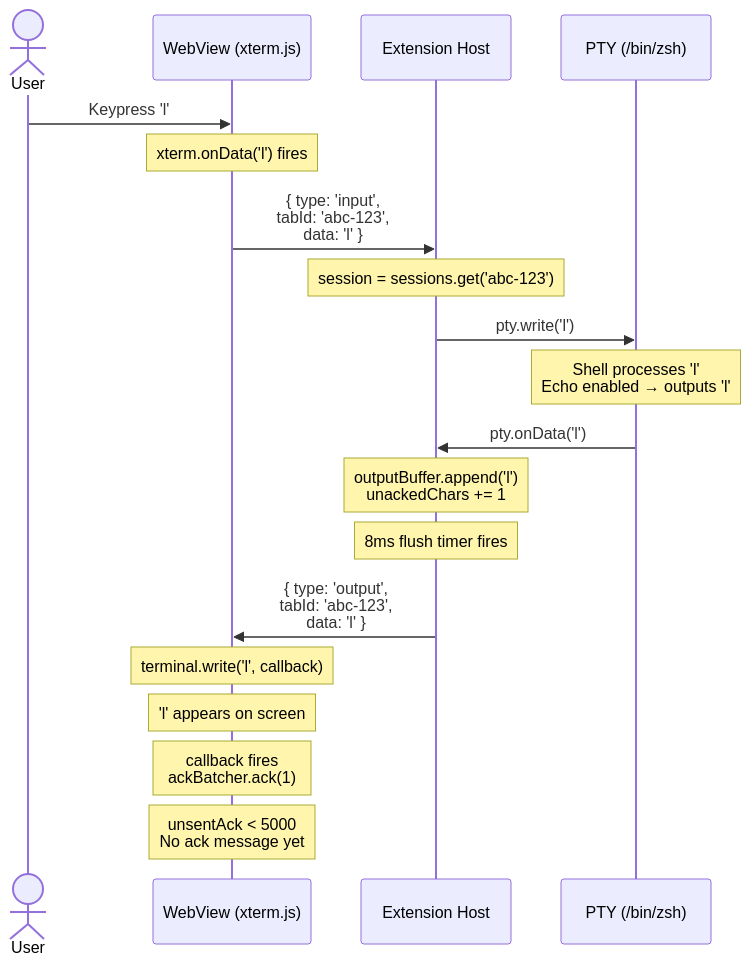
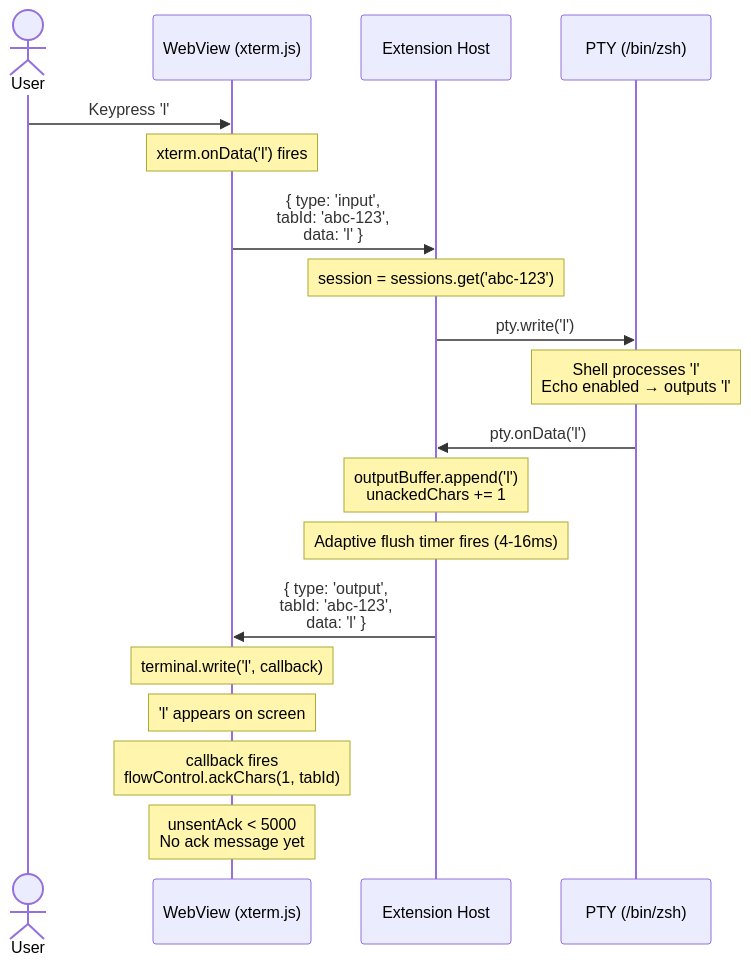
The second of 7 diagrams in docs/design/message-protocol.md (huybuidac/anywhere-terminal), drawn with Mermaid before and after one commit. The commit also changed other lines of this file and 46 other files, not shown here.

Commit message:
refactor: extract terminal factory, split renderer, and flow control into dedicated modules, reducing main.ts to a composition root, and add new webview tests.

````diff
--- a/docs/design/message-protocol.md
+++ b/docs/design/message-protocol.md
@@ -415,35 +496,35 @@
 ```mermaid
 sequenceDiagram
     actor User
     participant WV as WebView (xterm.js)
     participant Ext as Extension Host
     participant PTY as PTY (/bin/zsh)
 
     User->>WV: Keypress 'l'
 
     Note over WV: xterm.onData('l') fires
 
     WV->>Ext: { type: 'input',<br/>  tabId: 'abc-123',<br/>  data: 'l' }
 
     Note over Ext: session = sessions.get('abc-123')
 
     Ext->>PTY: pty.write('l')
 
     Note over PTY: Shell processes 'l'<br/>Echo enabled → outputs 'l'
 
     PTY->>Ext: pty.onData('l')
 
     Note over Ext: outputBuffer.append('l')<br/>unackedChars += 1
 
-    Note over Ext: 8ms flush timer fires
+    Note over Ext: Adaptive flush timer fires (4-16ms)
 
     Ext->>WV: { type: 'output',<br/>  tabId: 'abc-123',<br/>  data: 'l' }
 
     Note over WV: terminal.write('l', callback)
 
     Note over WV: 'l' appears on screen
 
-    Note over WV: callback fires<br/>ackBatcher.ack(1)
+    Note over WV: callback fires<br/>flowControl.ackChars(1, tabId)
 
     Note over WV: unsentAck < 5000<br/>No ack message yet
 ```
````
